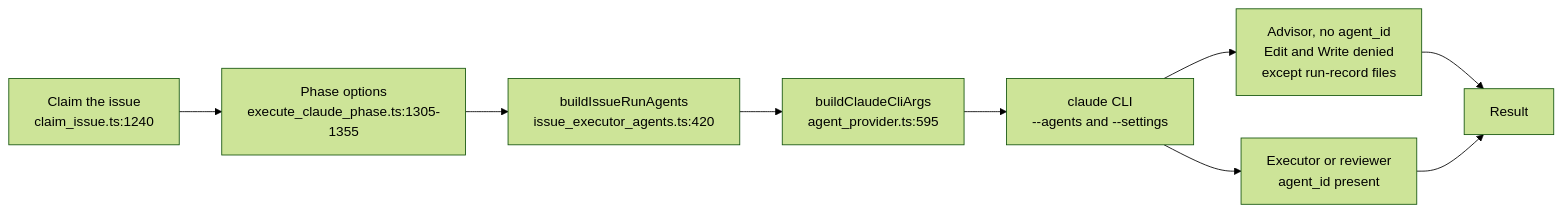
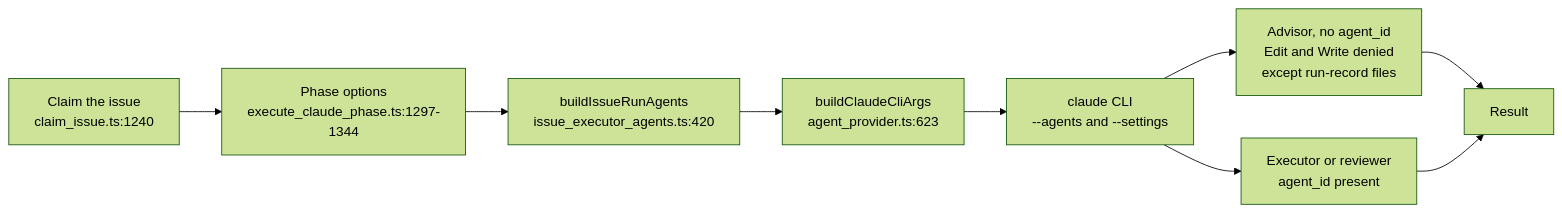
One commit to stSoftwareAU/VibeCoder changed the first of 3 diagrams in docs/MANAGER-WORKER-CONTRACT.md. Above: the diagram before and after it, drawn with Mermaid (forest theme). The commit also changed other lines of this file and 2 other files, not shown here.

First line of the commit message:
docs: re-point provider cites after the origin/main merge (Issue #4109)

````diff
--- a/docs/MANAGER-WORKER-CONTRACT.md
+++ b/docs/MANAGER-WORKER-CONTRACT.md
@@ -233,11 +241,11 @@
 ```mermaid
 flowchart LR
-  A["Claim the issue<br/>claim_issue.ts:1240"] --> B["Phase options<br/>execute_claude_phase.ts:1305-1355"]
+  A["Claim the issue<br/>claim_issue.ts:1240"] --> B["Phase options<br/>execute_claude_phase.ts:1297-1344"]
   B --> C["buildIssueRunAgents<br/>issue_executor_agents.ts:420"]
-  C --> D["buildClaudeCliArgs<br/>agent_provider.ts:595"]
+  C --> D["buildClaudeCliArgs<br/>agent_provider.ts:623"]
   D --> E["claude CLI<br/>--agents and --settings"]
   E --> F["Advisor, no agent_id<br/>Edit and Write denied<br/>except run-record files"]
   E --> G["Executor or reviewer<br/>agent_id present"]
   F --> H["Result"]
   G --> H
 ```
````
